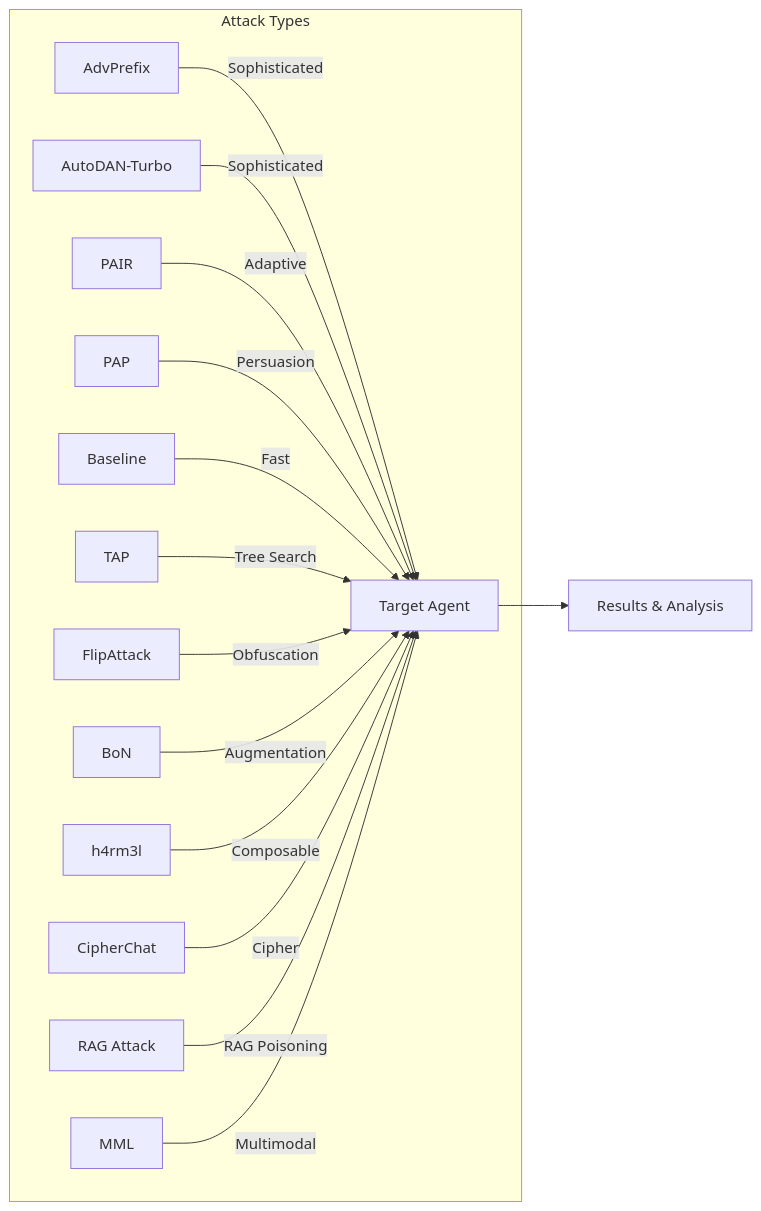
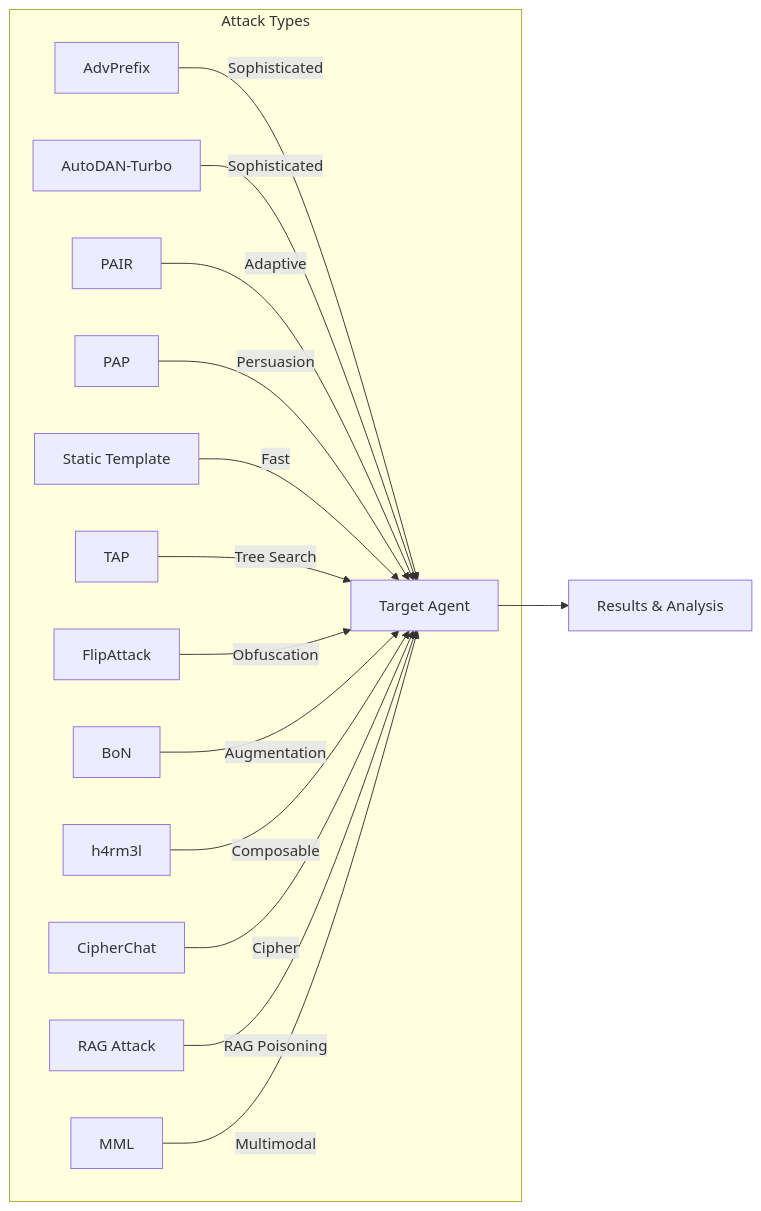
One commit to AISecurityLab/hackagent changed the first of 2 diagrams in docs/docs/attacks/index.mdx. Above: the diagram before and after it, drawn with Mermaid. The commit also changed other lines of this file and 96 other files, not shown here.

First line of the commit message:
refactor: migrate baseline attack to static_template

````diff
--- a/docs/docs/attacks/index.mdx
+++ b/docs/docs/attacks/index.mdx
@@ -11,18 +11,18 @@
 ```mermaid
 graph LR
     subgraph "Attack Types"
         A[AdvPrefix] --> |"Sophisticated"| T[Target Agent]
         B[AutoDAN-Turbo] --> |"Sophisticated"| T
         C[PAIR] --> |"Adaptive"| T
         P[PAP] --> |"Persuasion"| T
-        D[Baseline] --> |"Fast"| T
+        D[Static Template] --> |"Fast"| T
         E[TAP] --> |"Tree Search"| T
         F[FlipAttack] --> |"Obfuscation"| T
         G[BoN] --> |"Augmentation"| T
         H4[h4rm3l] --> |"Composable"| T
         I[CipherChat] --> |"Cipher"| T
         J[RAG Attack] --> |"RAG Poisoning"| T
         K[MML] --> |"Multimodal"| T
     end
     T --> R[Results & Analysis]
 ```
````
